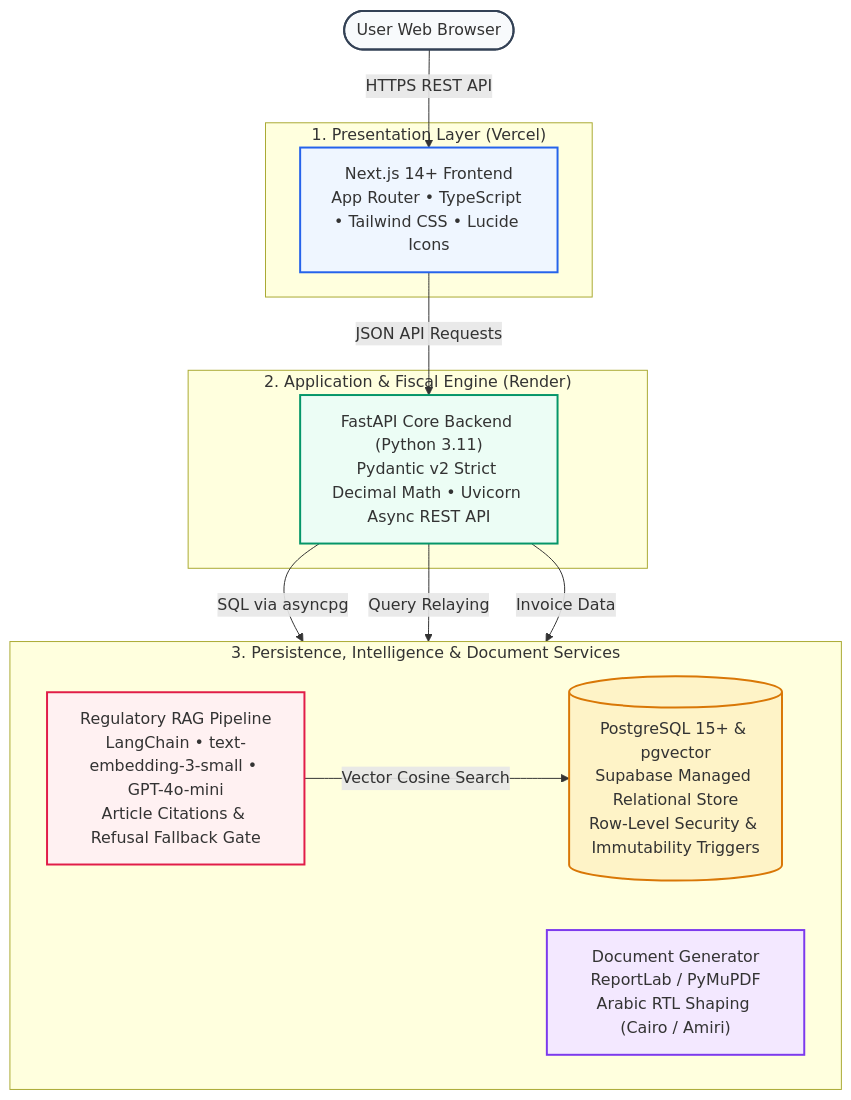
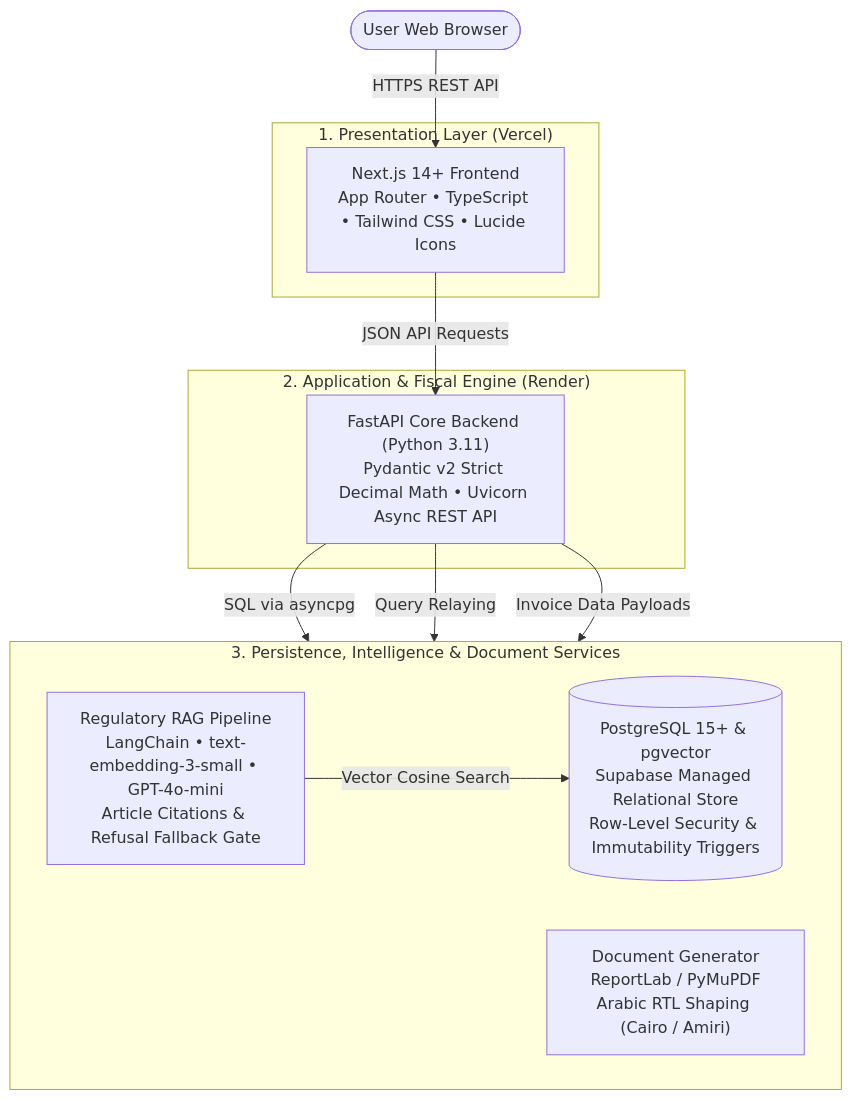
One commit to AYA-BACHA/MoukawilOS changed the first of 7 diagrams in README.md. Above: the diagram before and after it, drawn with Mermaid. The commit also changed other lines of this file, not shown here.

Commit message:
docs: remove custom Mermaid color overrides to restore native GitHub dark/light mode contrast

````diff
--- a/README.md
+++ b/README.md
@@ -141,33 +141,26 @@
 ```mermaid
 flowchart TD
-    Client(["User Web Browser"]):::client
+    Client(["User Web Browser"])
 
-    subgraph FE ["1. Presentation Layer (Vercel)"]
-        NextApp["Next.js 14+ Frontend<br/>App Router • TypeScript • Tailwind CSS • Lucide Icons"]:::frontend
+    subgraph PresentationTier ["1. Presentation Layer (Vercel)"]
+        NextApp["Next.js 14+ Frontend<br/>App Router • TypeScript • Tailwind CSS • Lucide Icons"]
     end
 
-    subgraph BE ["2. Application & Fiscal Engine (Render)"]
-        FastAPI["FastAPI Core Backend (Python 3.11)<br/>Pydantic v2 Strict Decimal Math • Uvicorn Async REST API"]:::backend
+    subgraph BackendTier ["2. Application & Fiscal Engine (Render)"]
+        FastAPI["FastAPI Core Backend (Python 3.11)<br/>Pydantic v2 Strict Decimal Math • Uvicorn Async REST API"]
     end
 
-    subgraph SVCS ["3. Persistence, Intelligence & Document Services"]
+    subgraph ServicesTier ["3. Persistence, Intelligence & Document Services"]
         direction LR
-        DB[("PostgreSQL 15+ & pgvector<br/>Supabase Managed Relational Store<br/>Row-Level Security & Immutability Triggers")]:::database
-        RAG["Regulatory RAG Pipeline<br/>LangChain • text-embedding-3-small • GPT-4o-mini<br/>Article Citations & Refusal Fallback Gate"]:::ai
-        PDF["Document Generator<br/>ReportLab / PyMuPDF<br/>Arabic RTL Shaping (Cairo / Amiri)"]:::engine
+        DB[("PostgreSQL 15+ & pgvector<br/>Supabase Managed Relational Store<br/>Row-Level Security & Immutability Triggers")]
+        RAG["Regulatory RAG Pipeline<br/>LangChain • text-embedding-3-small • GPT-4o-mini<br/>Article Citations & Refusal Fallback Gate"]
+        PDF["Document Generator<br/>ReportLab / PyMuPDF<br/>Arabic RTL Shaping (Cairo / Amiri)"]
     end
 
     Client -->|HTTPS REST API| NextApp
     NextApp -->|JSON API Requests| FastAPI
     FastAPI -->|SQL via asyncpg| DB
     FastAPI -->|Query Relaying| RAG
-    FastAPI -->|Invoice Data| PDF
+    FastAPI -->|Invoice Data Payloads| PDF
     RAG -->|Vector Cosine Search| DB
-
-    classDef client fill:#f8fafc,stroke:#334155,stroke-width:2px;
-    classDef frontend fill:#eff6ff,stroke:#2563eb,stroke-width:2px;
-    classDef backend fill:#ecfdf5,stroke:#059669,stroke-width:2px;
-    classDef database fill:#fef3c7,stroke:#d97706,stroke-width:2px;
-    classDef engine fill:#f3e8ff,stroke:#7c3aed,stroke-width:2px;
-    classDef ai fill:#fff1f2,stroke:#e11d48,stroke-width:2px;
 ```
````
